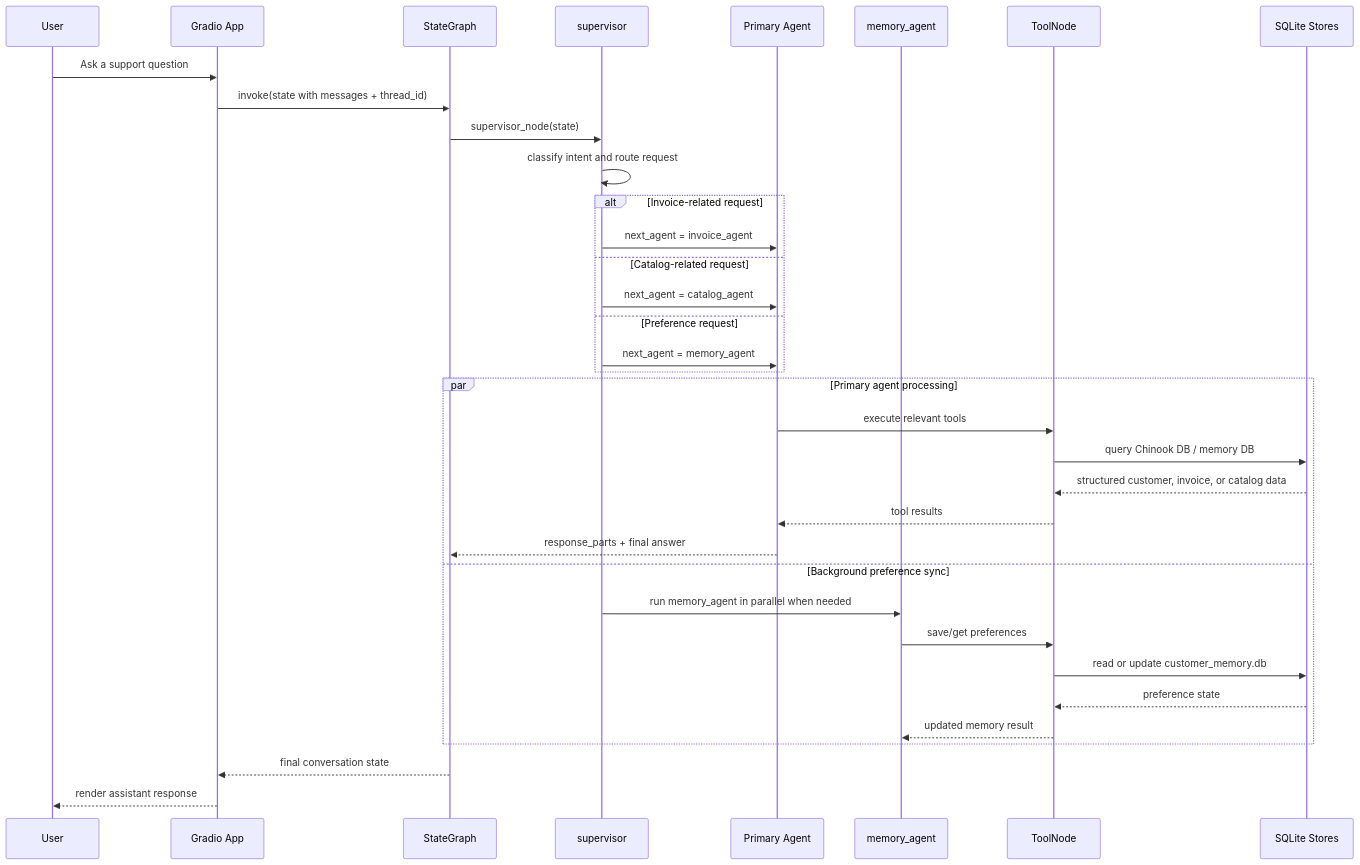
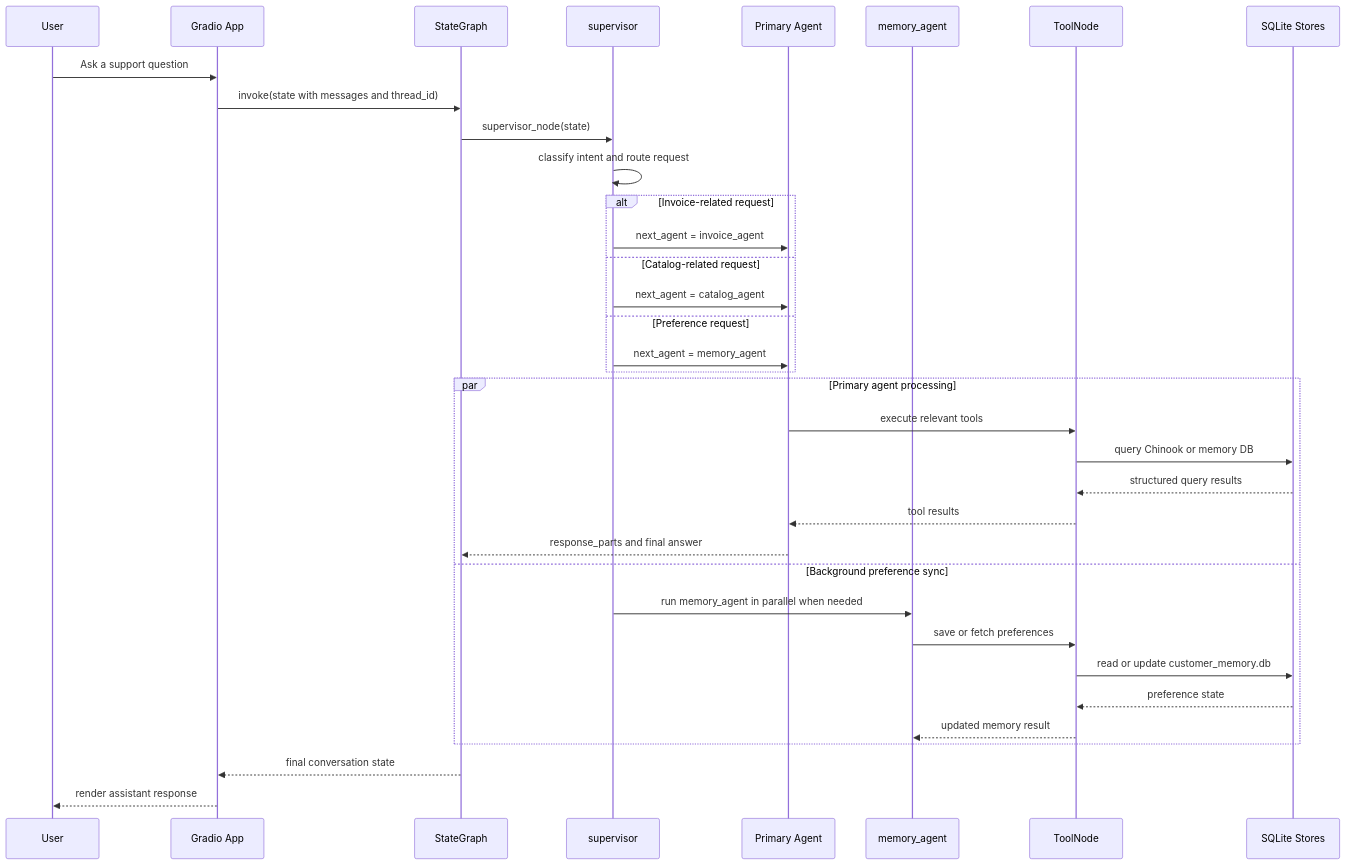
One commit to kansaram/chinook-customer-support-agent changed the second of 2 diagrams in README.md. Above: the diagram before and after it, drawn with Mermaid. The commit also changed other lines of this file, not shown here.

````diff
--- a/README.md
+++ b/README.md
@@ -38,41 +39,41 @@
 ```mermaid
 sequenceDiagram
     participant User
     participant UI as Gradio App
     participant Graph as StateGraph
     participant Sup as supervisor
     participant Prim as Primary Agent
     participant Mem as memory_agent
     participant ToolNode
     participant DB as SQLite Stores
 
     User->>UI: Ask a support question
-    UI->>Graph: invoke(state with messages + thread_id)
+    UI->>Graph: invoke(state with messages and thread_id)
     Graph->>Sup: supervisor_node(state)
     Sup->>Sup: classify intent and route request
 
     alt Invoice-related request
         Sup->>Prim: next_agent = invoice_agent
     else Catalog-related request
         Sup->>Prim: next_agent = catalog_agent
     else Preference request
         Sup->>Prim: next_agent = memory_agent
     end
 
     par Primary agent processing
         Prim->>ToolNode: execute relevant tools
-        ToolNode->>DB: query Chinook DB / memory DB
-        DB-->>ToolNode: structured customer, invoice, or catalog data
+        ToolNode->>DB: query Chinook or memory DB
+        DB-->>ToolNode: structured query results
         ToolNode-->>Prim: tool results
-        Prim-->>Graph: response_parts + final answer
+        Prim-->>Graph: response_parts and final answer
     and Background preference sync
         Sup->>Mem: run memory_agent in parallel when needed
-        Mem->>ToolNode: save/get preferences
+        Mem->>ToolNode: save or fetch preferences
         ToolNode->>DB: read or update customer_memory.db
         DB-->>ToolNode: preference state
         ToolNode-->>Mem: updated memory result
     end
 
     Graph-->>UI: final conversation state
     UI-->>User: render assistant response
 ```
````
